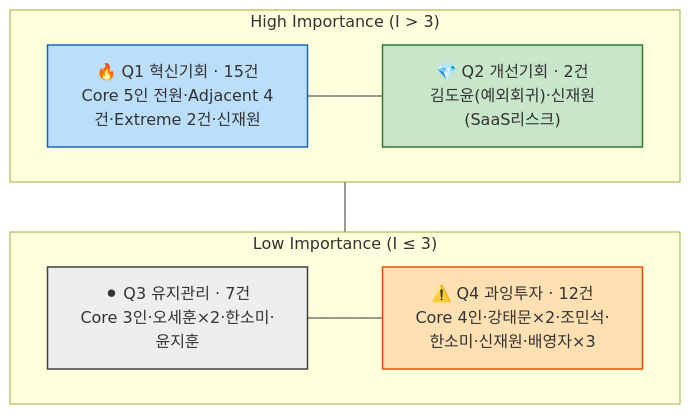
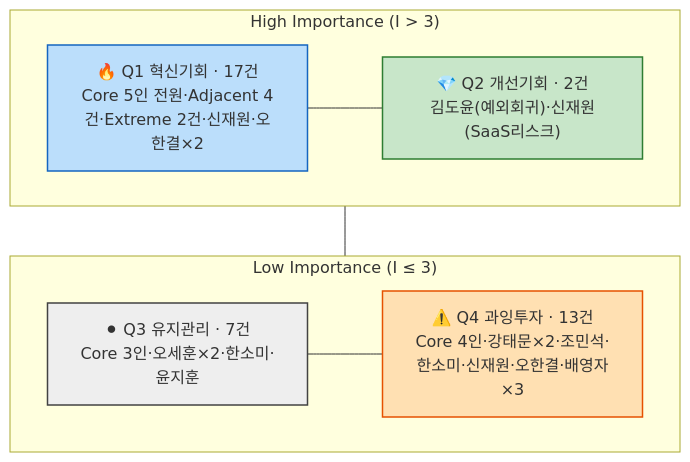
The diagram in 06_시장기회_분석/03_AOS_채점_및_매트릭스.md (serena-kk/business-research-practice-2026-sesac), drawn with Mermaid before and after one commit. The commit also changed other lines of this file and 6 other files, not shown here.

````diff
--- a/06_시장기회_분석/03_AOS_채점_및_매트릭스.md
+++ b/06_시장기회_분석/03_AOS_채점_및_매트릭스.md
@@ -122,23 +128,23 @@
 ```mermaid
 flowchart TD
     subgraph Top["High Importance (I > 3)"]
     direction LR
-    Q1["🔥 Q1 혁신기회 · 15건<br/>Core 5인 전원·Adjacent 4건·Extreme 2건·신재원"]:::q1
+    Q1["🔥 Q1 혁신기회 · 17건<br/>Core 5인 전원·Adjacent 4건·Extreme 2건·신재원·오한결×2"]:::q1
     Q2["💎 Q2 개선기회 · 2건<br/>김도윤(예외회귀)·신재원(SaaS리스크)"]:::q2
     end
 
     subgraph Bottom["Low Importance (I ≤ 3)"]
     direction LR
     Q3["⚫ Q3 유지관리 · 7건<br/>Core 3인·오세훈×2·한소미·윤지훈"]:::q3
-    Q4["⚠️ Q4 과잉투자 · 12건<br/>Core 4인·강태문×2·조민석·한소미·신재원·배영자×3"]:::q4
+    Q4["⚠️ Q4 과잉투자 · 13건<br/>Core 4인·강태문×2·조민석·한소미·신재원·오한결·배영자×3"]:::q4
     end
 
     Q1 --- Q2
     Q3 --- Q4
     Top --- Bottom
 
     classDef q1 fill:#BBDEFB,stroke:#1565C0,stroke-width:1.5px;
     classDef q2 fill:#C8E6C9,stroke:#2E7D32,stroke-width:1.5px;
     classDef q3 fill:#EEEEEE,stroke:#424242,stroke-width:1.5px;
     classDef q4 fill:#FFE0B2,stroke:#E65100,stroke-width:1.5px;
 ```
````
